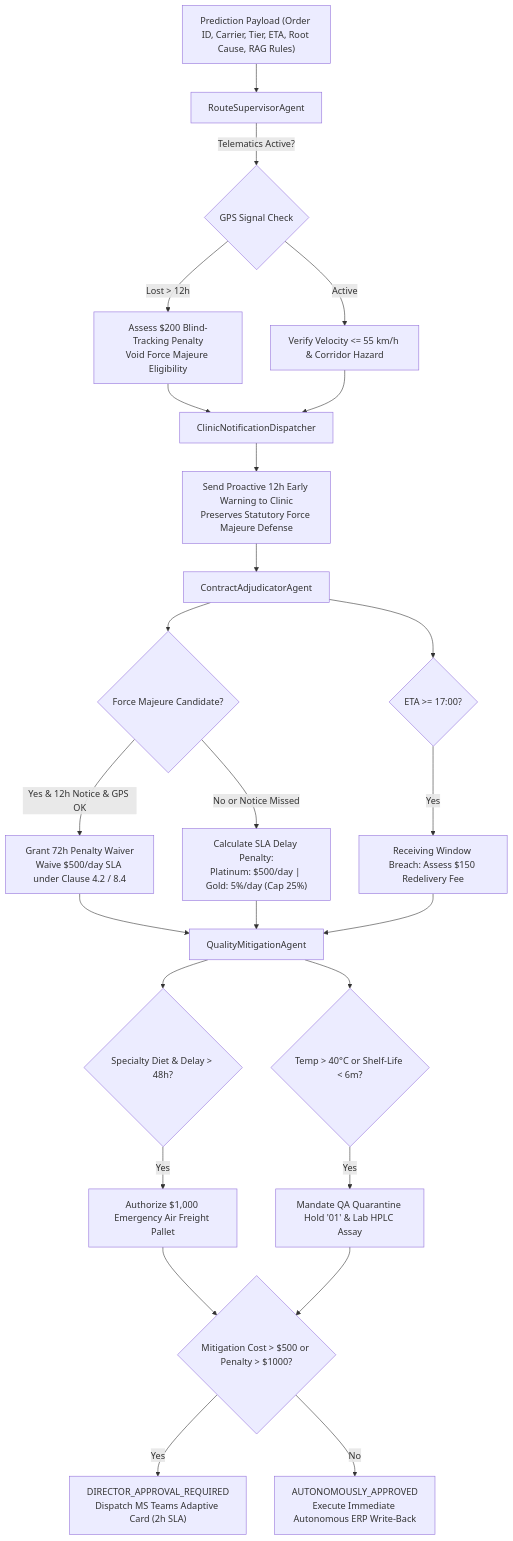
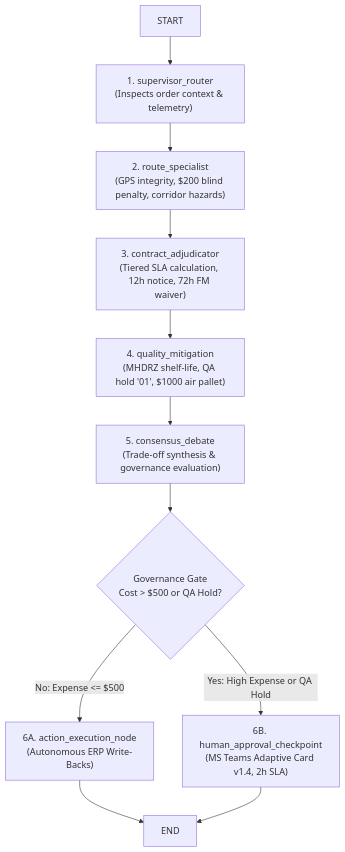
Before and after one commit to Az-har/O2C_AI: the fourth of 4 diagrams in O2C_AI_ENTERPRISE_ARCHITECTURE_AND_BUSINESS_GUIDE.md, drawn with Mermaid. The commit also changed other lines of this file and 87 other files, not shown here.

Commit message:
feat: implement LangGraph multi-agent architecture, global multimodal scraper, agent tools, and update master architectural specifications

````diff
--- a/O2C_AI_ENTERPRISE_ARCHITECTURE_AND_BUSINESS_GUIDE.md
+++ b/O2C_AI_ENTERPRISE_ARCHITECTURE_AND_BUSINESS_GUIDE.md
@@ -300,28 +329,16 @@
 ```mermaid
 graph TD
-    A["Prediction Payload (Order ID, Carrier, Tier, ETA, Root Cause, RAG Rules)"] --> B["RouteSupervisorAgent"]
+    START --> Node1["1. supervisor_router<br/>(Inspects order context & telemetry)"]
+    Node1 --> Node2["2. route_specialist<br/>(GPS integrity, $200 blind penalty, corridor hazards)"]
+    Node2 --> Node3["3. contract_adjudicator<br/>(Tiered SLA calculation, 12h notice, 72h FM waiver)"]
+    Node3 --> Node4["4. quality_mitigation<br/>(MHDRZ shelf-life, QA hold '01', $1000 air pallet)"]
+    Node4 --> Node5["5. consensus_debate<br/>(Trade-off synthesis & governance evaluation)"]
     
-    B -->|Telematics Active?| C{GPS Signal Check}
-    C -->|Lost > 12h| C1["Assess $200 Blind-Tracking Penalty<br/>Void Force Majeure Eligibility"]
-    C -->|Active| C2["Verify Velocity <= 55 km/h & Corridor Hazard"]
+    Node5 --> Check{"Governance Gate<br/>Cost > $500 or QA Hold?"}
     
-    C1 & C2 --> D["ClinicNotificationDispatcher"]
-    D --> D1["Send Proactive 12h Early Warning to Clinic<br/>Preserves Statutory Force Majeure Defense"]
+    Check -->|No: Expense <= $500| Node6A["6A. action_execution_node<br/>(Autonomous ERP Write-Backs)"]
+    Check -->|Yes: High Expense or QA Hold| Node6B["6B. human_approval_checkpoint<br/>(MS Teams Adaptive Card v1.4, 2h SLA)"]
     
-    D1 --> E["ContractAdjudicatorAgent"]
-    E --> E1{Force Majeure Candidate?}
-    E1 -->|Yes & 12h Notice & GPS OK| E2["Grant 72h Penalty Waiver<br/>Waive $500/day SLA under Clause 4.2 / 8.4"]
-    E1 -->|No or Notice Missed| E3["Calculate SLA Delay Penalty:<br/>Platinum: $500/day | Gold: 5%/day (Cap 25%)"]
-    E --> E4{ETA >= 17:00?}
-    E4 -->|Yes| E5["Receiving Window Breach: Assess $150 Redelivery Fee"]
-    
-    E2 & E3 & E5 --> F["QualityMitigationAgent"]
-    F --> F1{Specialty Diet & Delay > 48h?}
-    F1 -->|Yes| F2["Authorize $1,000 Emergency Air Freight Pallet"]
-    F --> F3{Temp > 40°C or Shelf-Life < 6m?}
-    F3 -->|Yes| F4["Mandate QA Quarantine Hold '01' & Lab HPLC Assay"]
-    
-    F2 & F4 --> G{Mitigation Cost > $500 or Penalty > $1000?}
-    G -->|Yes| G1["DIRECTOR_APPROVAL_REQUIRED<br/>Dispatch MS Teams Adaptive Card (2h SLA)"]
-    G -->|No| G2["AUTONOMOUSLY_APPROVED<br/>Execute Immediate Autonomous ERP Write-Back"]
+    Node6A --> END
+    Node6B --> END
 ```
````
